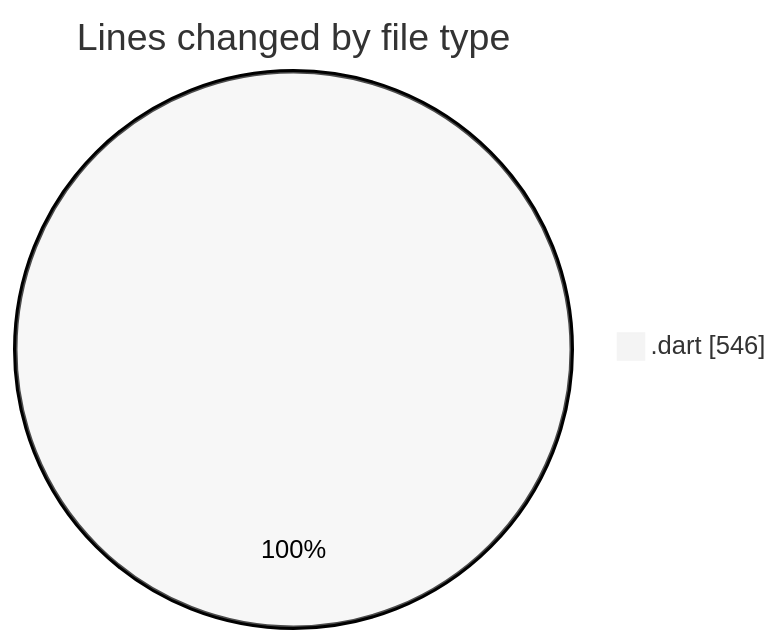
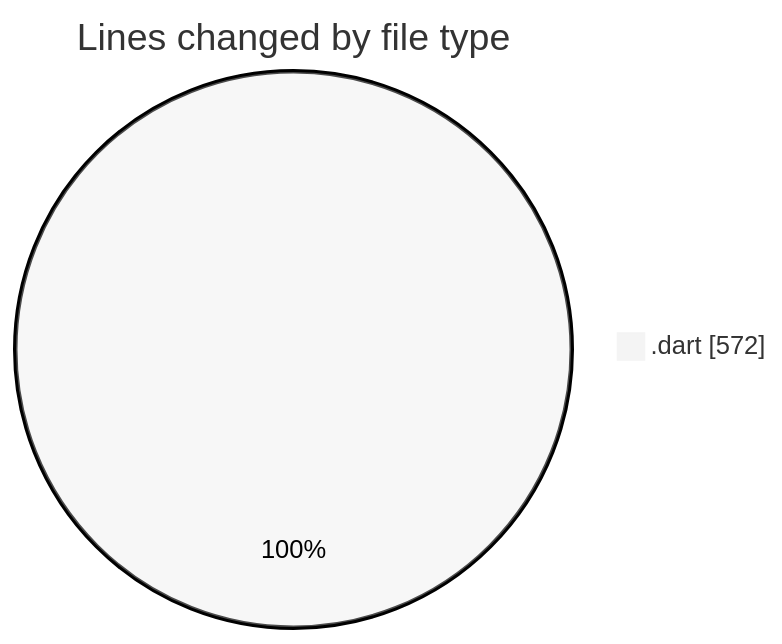
The first of 2 diagrams in 2025-02-25/trackers_app/README.md (donsfak/code-tracking), drawn with Mermaid (neutral theme) before and after one commit. The commit also changed other lines of this file and 1 other file, not shown here.

````diff
--- a/2025-02-25/trackers_app/README.md
+++ b/2025-02-25/trackers_app/README.md
@@ -22,5 +22,5 @@
 ```mermaid
 pie showData
 title Lines changed by file type
-".dart" : 546
+".dart" : 572
 ```
````
